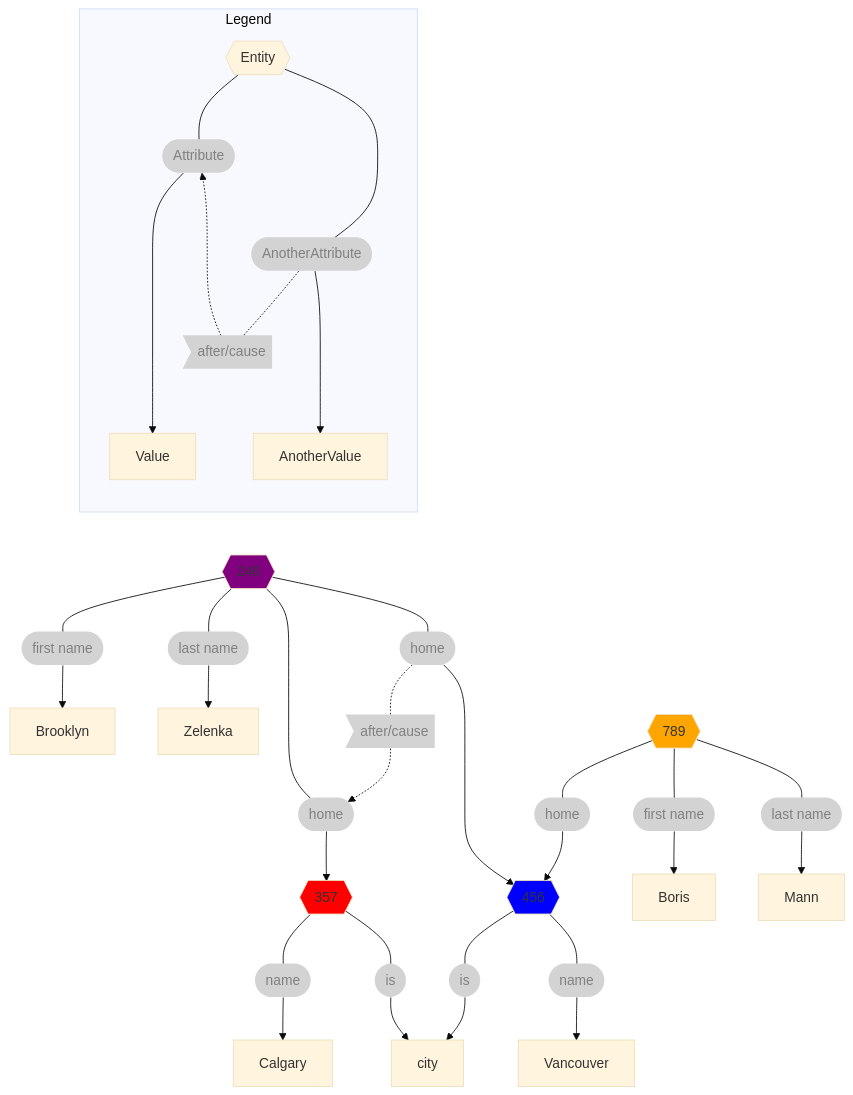
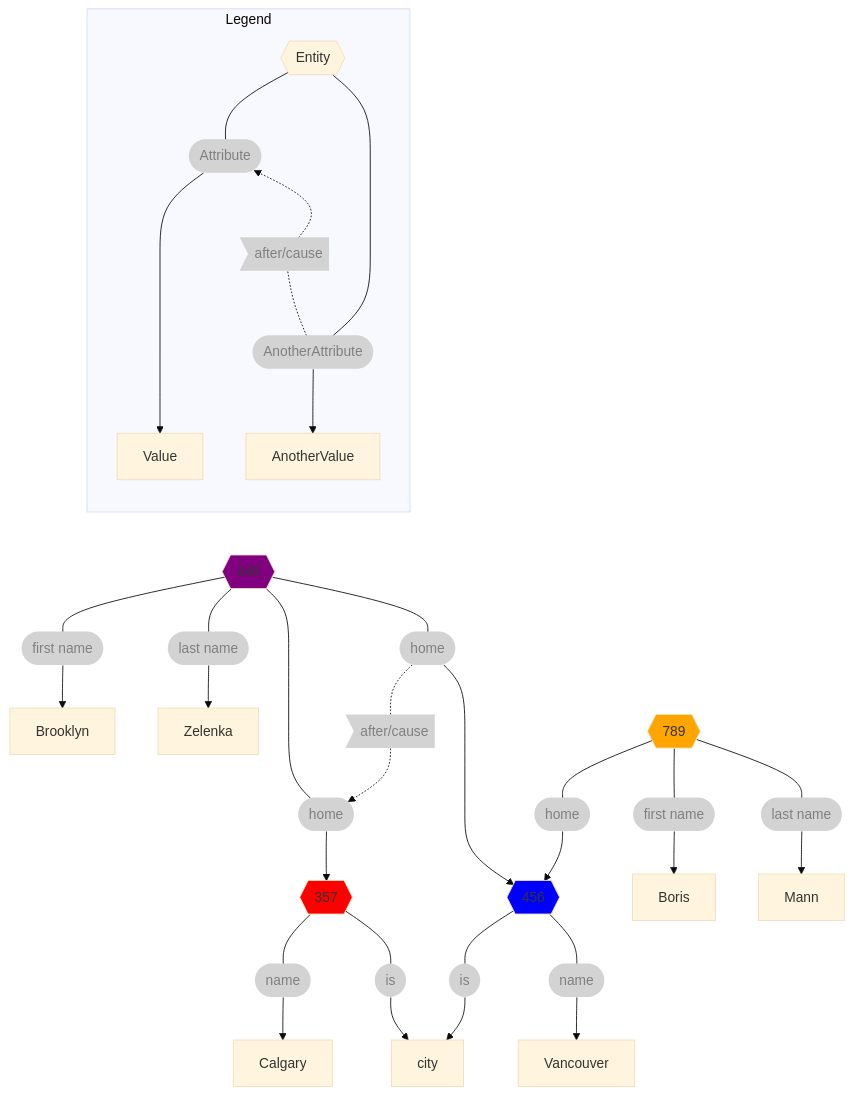
One commit to RhizomeDB/spec changed the second of 2 diagrams in README.md. Above: the diagram before and after it, drawn with Mermaid (base theme). The commit also changed other lines of this file, not shown here.

Commit message:
Simplify some wording

````diff
--- a/README.md
+++ b/README.md
@@ -323,42 +323,42 @@
 ``` mermaid
 flowchart TB
     subgraph Legend
       direction TB
 
       entity{{Entity}} --- att([Attribute]):::attr ----> Value
+      
+      %% Layout hack
+      att ~~~ cause ~~~ att2
+
       att2 -.- cause>after/cause]:::attr -.-> att
-      att2  ---> AnotherValue
-      entity --- att2([AnotherAttribute]):::attr
-      
-      %% Layout Hacks
-      att ~~~ att2
-      att2 ~~~ att
+      att2  --> AnotherValue
+      entity --- att2([AnotherAttribute]):::attr      
     end
 
     Legend ~~~ entityBZ
 
     entityBZ{{246}} --- bzFN([first name]):::attr --> Brooklyn
     entityBZ --- bzLN([last name]):::attr --> Zelenka
 
     entityBZ --- bzOldCity([home]):::attr --> entityCgy
     entityBZ --- bzNewCity([home]):::attr --> entityVC
 
     bzNewCity -.- after>after/cause]:::attr .-> bzOldCity
 
     entityBM --- bmCity([home]):::attr --> entityVC
     entityBM{{789}} --- bmFN([first name]):::attr --> Boris
     entityBM --- bmLN([last name]):::attr --> Mann
 
     entityCgy --- calName([name]):::attr --> Calgary
     entityCgy{{357}} --- calIs([is]):::attr --> city
 
     entityVC{{456}} --- vcIs([is]):::attr --> city
     entityVC --- vcName([name]):::attr --> Vancouver
 
     style entityBM fill:orange
     style entityBZ fill:purple
     style entityVC fill:blue
     style entityCgy fill:red
 
     classDef attr fill:lightgrey,color:grey,stroke:none;
 ```
````
